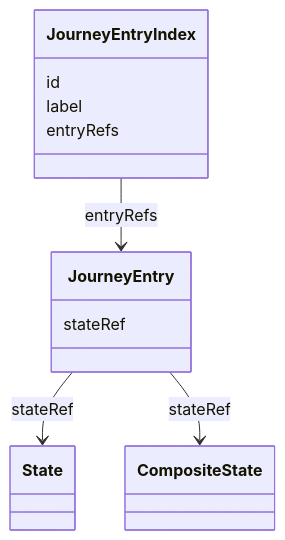
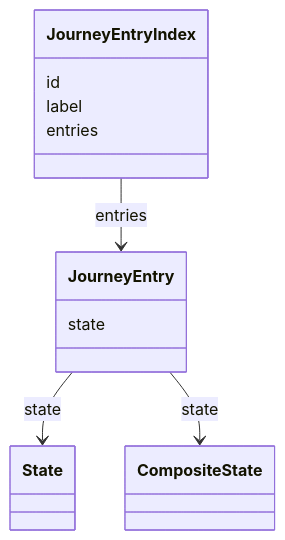
Before and after one commit to openuji/spec-ujg: diagram 14 of 15 in specs/ed/graph/index.md, drawn with Mermaid. The commit also changed other lines of this file and 370 other files, not shown here.

````diff
--- a/specs/ed/graph/index.md
+++ b/specs/ed/graph/index.md
@@ -1375,18 +970,18 @@
 ```mermaid
 classDiagram
   class JourneyEntryIndex {
     id
     label
-    entryRefs
+    entries
   }
 
   class JourneyEntry {
-    stateRef
+    state
   }
 
   class State
   class CompositeState
-  JourneyEntryIndex --> JourneyEntry : entryRefs
-  JourneyEntry --> State : stateRef
-  JourneyEntry --> CompositeState : stateRef
+  JourneyEntryIndex --> JourneyEntry : entries
+  JourneyEntry --> State : state
+  JourneyEntry --> CompositeState : state
 ```
````
